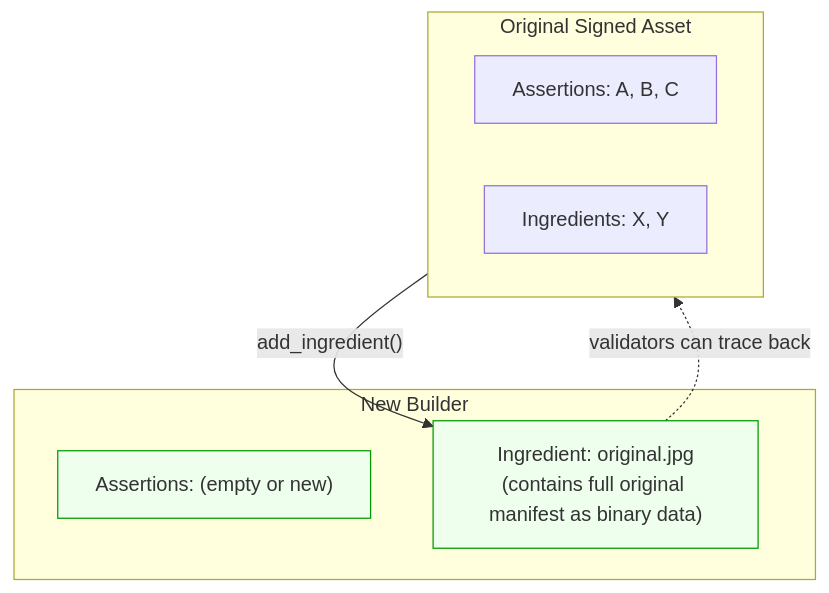
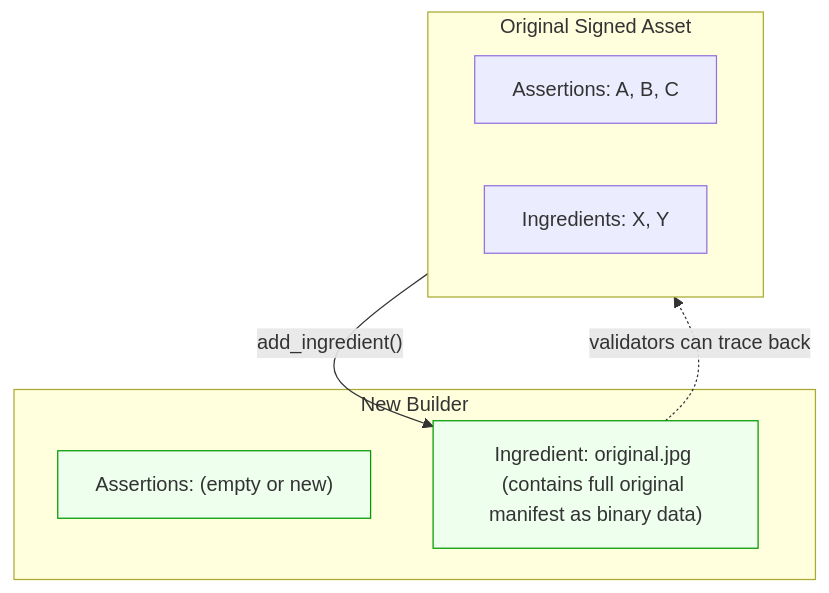
Before and after one commit to contentauth/c2pa-c: the second of 11 diagrams in docs/selective-manifests.md, drawn with Mermaid. The commit also changed other lines of this file, not shown here.

````diff
--- a/docs/selective-manifests.md
+++ b/docs/selective-manifests.md
@@ -150,16 +150,16 @@
 ```mermaid
 flowchart TD
     subgraph Original["Original Signed Asset"]
         OA["Assertions: A, B, C"]
         OI["Ingredients: X, Y"]
     end
     subgraph NewBuilder["New Builder"]
         NA["Assertions: (empty or new)"]
-        NI["Ingredient: original.jpg\n(contains full original manifest as binary data)"]
+        NI["Ingredient: original.jpg (contains full original manifest as binary data)"]
     end
     Original -->|"add_ingredient()"| NI
     NI -.->|"validators can trace back"| Original
 
     style NA fill:#efe,stroke:#090
     style NI fill:#efe,stroke:#090
 ```
````
